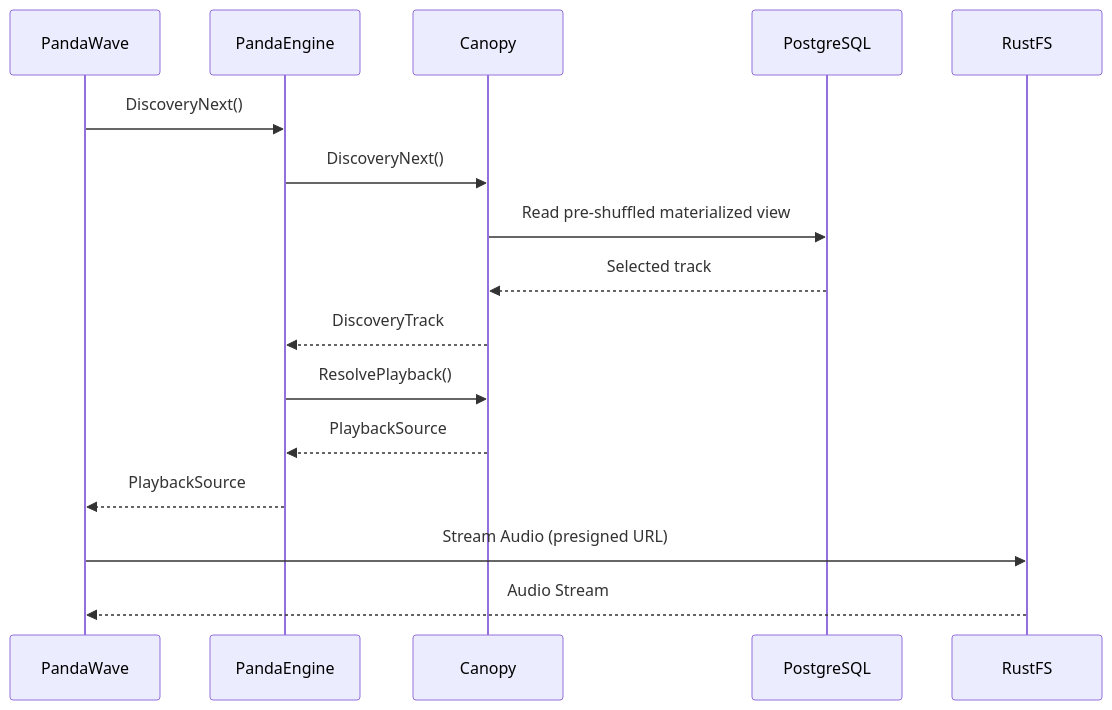
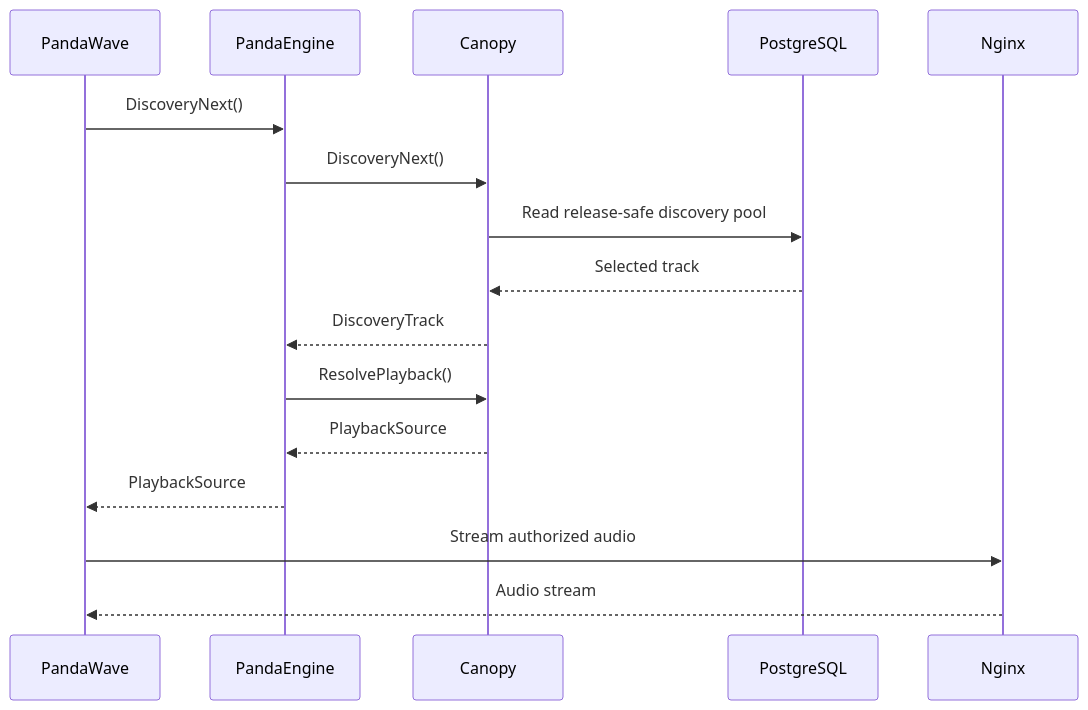
Before and after one commit to adrianrusu16/Canopy: the seventh of 7 diagrams in README.md, drawn with Mermaid. The commit also changed other lines of this file and 20 other files, not shown here.

````diff
--- a/README.md
+++ b/README.md
@@ -544,29 +513,19 @@
 ```mermaid
 sequenceDiagram
-
     participant PandaWave
     participant PandaEngine
     participant Canopy
     participant PostgreSQL
-    participant RustFS
+    participant Nginx
 
     PandaWave->>PandaEngine: DiscoveryNext()
-
     PandaEngine->>Canopy: DiscoveryNext()
-
-    Canopy->>PostgreSQL: Read pre-shuffled materialized view
-
+    Canopy->>PostgreSQL: Read release-safe discovery pool
     PostgreSQL-->>Canopy: Selected track
-
     Canopy-->>PandaEngine: DiscoveryTrack
-
     PandaEngine->>Canopy: ResolvePlayback()
-
     Canopy-->>PandaEngine: PlaybackSource
-
     PandaEngine-->>PandaWave: PlaybackSource
-
-    PandaWave->>RustFS: Stream Audio (presigned URL)
-
-    RustFS-->>PandaWave: Audio Stream
+    PandaWave->>Nginx: Stream authorized audio
+    Nginx-->>PandaWave: Audio stream
 ```
````
